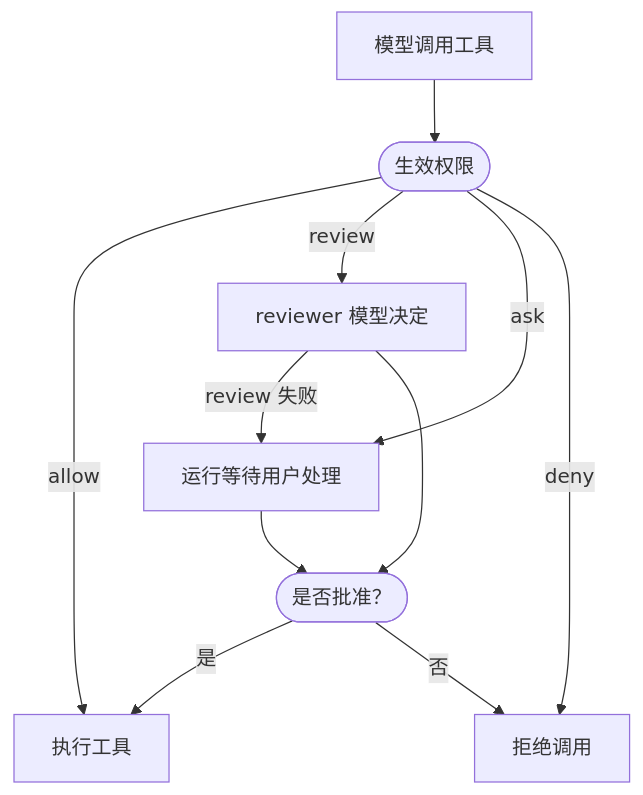
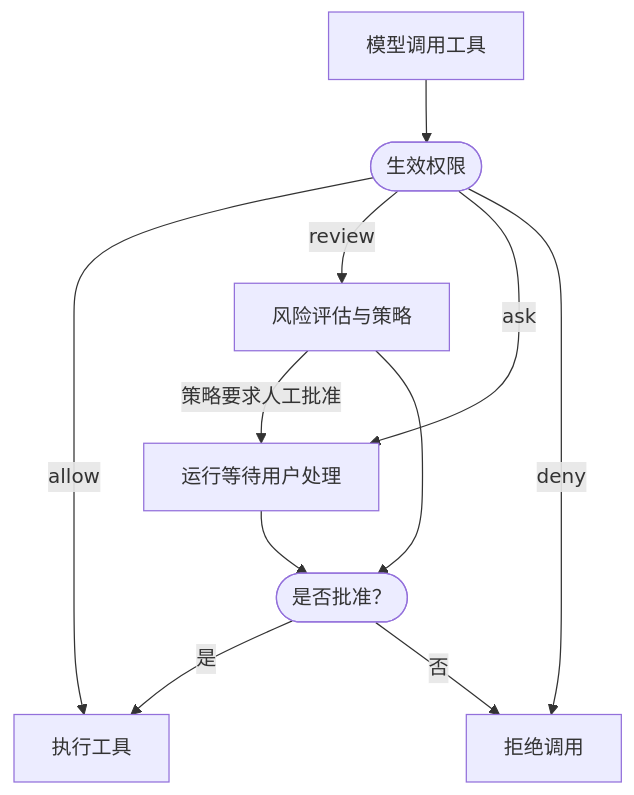
The second of 3 diagrams in docs/a13n-service/agents-and-runs.zh-CN.md (Jarvis636431/agent-foundation), drawn with Mermaid before and after one commit. The commit also changed other lines of this file and 49 other files, not shown here.

````diff
--- a/docs/a13n-service/agents-and-runs.zh-CN.md
+++ b/docs/a13n-service/agents-and-runs.zh-CN.md
@@ -94,18 +103,18 @@
 ```mermaid
 flowchart TB
     Call["模型调用工具"] --> Permission(["生效权限"])
     Permission -->|"allow"| Run["执行工具"]
-    Permission -->|"review"| Reviewer["reviewer 模型决定"]
+    Permission -->|"review"| Reviewer["风险评估与策略"]
     Permission -->|"ask"| Person["运行等待用户处理"]
     Permission -->|"deny"| Refuse["拒绝调用"]
-    Reviewer -->|"review 失败"| Person
+    Reviewer -->|"策略要求人工批准"| Person
     Reviewer --> Decision(["是否批准？"])
     Person --> Decision
     Decision -->|"是"| Run
     Decision -->|"否"| Refuse
 
     class Run success
     class Refuse danger
     class Person warning
     class Reviewer ext
 ```
````
